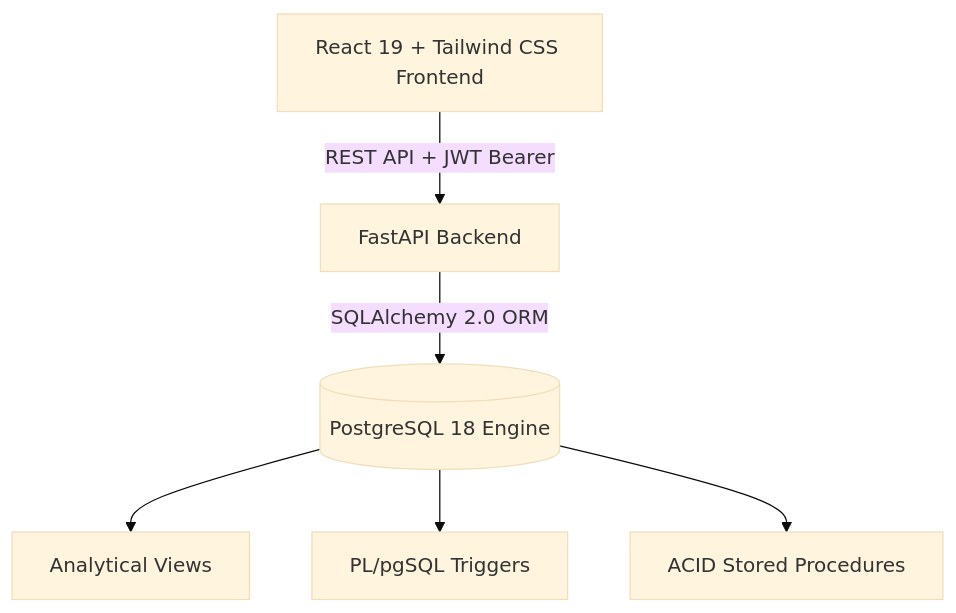
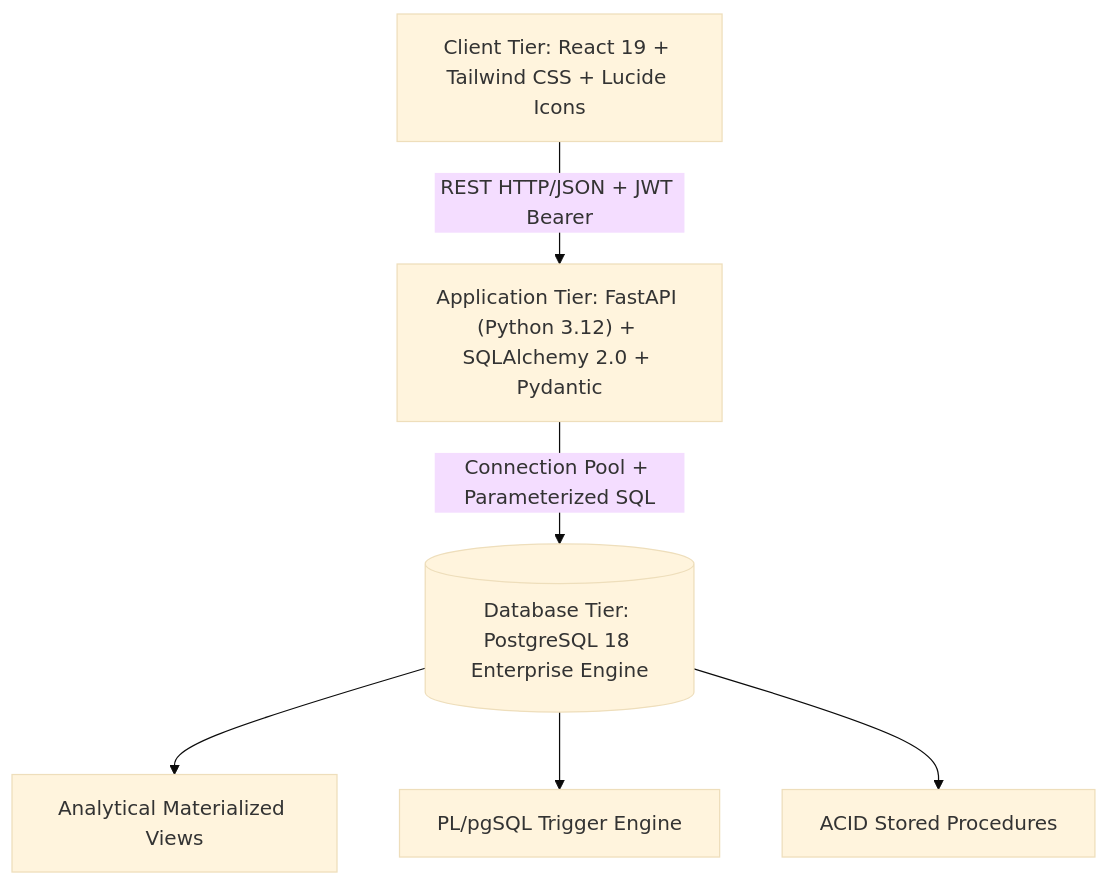
The diagram in README.md (Nethra-R368/dbms), drawn with Mermaid (base theme) before and after one commit. The commit also changed other lines of this file and 8 other files, not shown here.

````diff
--- a/README.md
+++ b/README.md
@@ -112,8 +47,12 @@
 ```mermaid
 flowchart TD
-    Client["React 19 + Tailwind CSS Frontend"] -->|REST API + JWT Bearer| Backend["FastAPI Backend"]
-    Backend -->|SQLAlchemy 2.0 ORM| DB[("PostgreSQL 18 Engine")]
-    DB --> Views["Analytical Views"]
-    DB --> Triggers["PL/pgSQL Triggers"]
-    DB --> StoredProcs["ACID Stored Procedures"]
+    Client["Client Tier: React 19 + Tailwind CSS + Lucide Icons"]
+    Backend["Application Tier: FastAPI (Python 3.12) + SQLAlchemy 2.0 + Pydantic"]
+    DB[("Database Tier: PostgreSQL 18 Enterprise Engine")]
+    
+    Client -->|REST HTTP/JSON + JWT Bearer| Backend
+    Backend -->|Connection Pool + Parameterized SQL| DB
+    DB --> Views["Analytical Materialized Views"]
+    DB --> Triggers["PL/pgSQL Trigger Engine"]
+    DB --> Procs["ACID Stored Procedures"]
 ```
````
